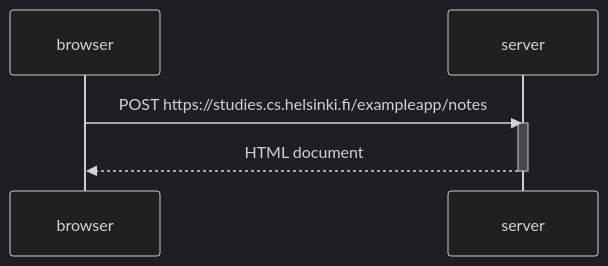
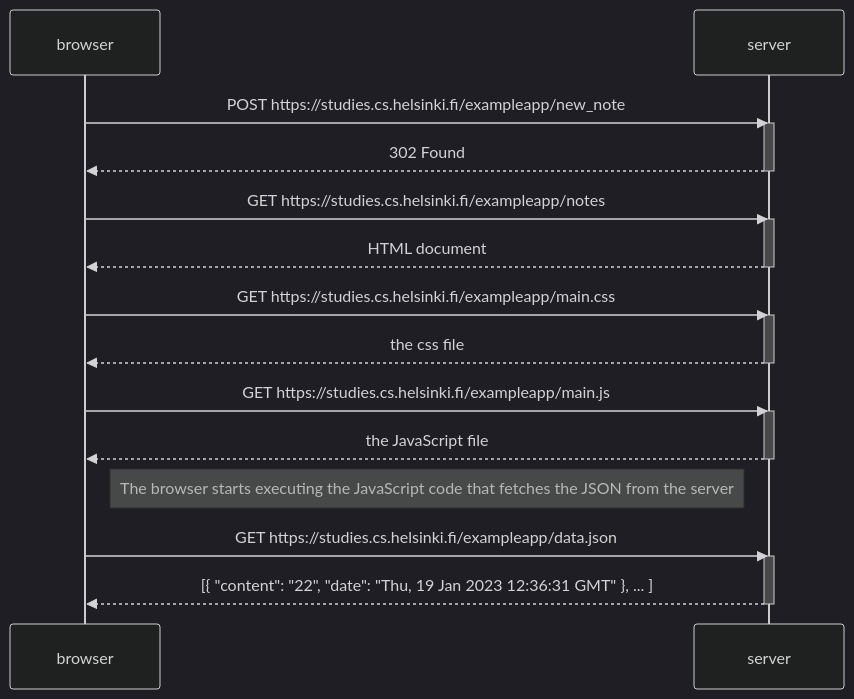
One commit to AapoTuulentie/fullstack_open changed the diagram in osa0/tehtava4.md. Above: the diagram before and after it, drawn with Mermaid (dark theme).

````diff
--- a/osa0/tehtava4.md
+++ b/osa0/tehtava4.md
@@ -1,11 +1,33 @@
 ```mermaid
 sequenceDiagram;
     participant browser;
     participant server;
     
-    browser ->> server: POST https://studies.cs.helsinki.fi/exampleapp/notes;
+    browser ->> server: POST https://studies.cs.helsinki.fi/exampleapp/new_note;
     activate server;
-    server -->> browser: HTML document;
+    server -->> browser: 302 Found;
     deactivate server;
     
+    browser->>server: GET https://studies.cs.helsinki.fi/exampleapp/notes
+    activate server
+    server-->>browser: HTML document
+    deactivate server
+    
+    browser->>server: GET https://studies.cs.helsinki.fi/exampleapp/main.css
+    activate server
+    server-->>browser: the css file
+    deactivate server
+    
+    browser->>server: GET https://studies.cs.helsinki.fi/exampleapp/main.js
+    activate server
+    server-->>browser: the JavaScript file
+    deactivate server
+    
+    Note right of browser: The browser starts executing the JavaScript code that fetches the JSON from the server
+    
+    browser->>server: GET https://studies.cs.helsinki.fi/exampleapp/data.json
+    activate server
+    server-->>browser: [{ "content": "22", "date": "Thu, 19 Jan 2023 12:36:31 GMT" }, ... ]
+    deactivate server    
+    
 ```
````
